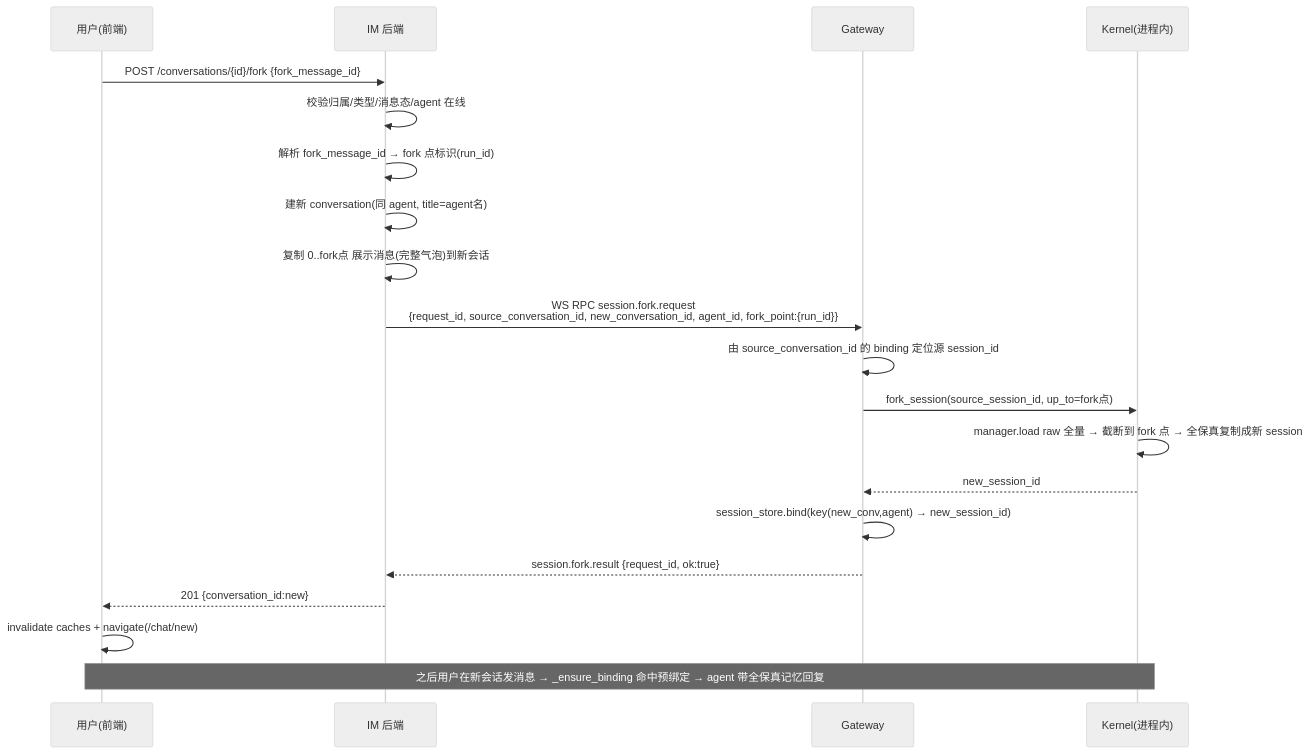
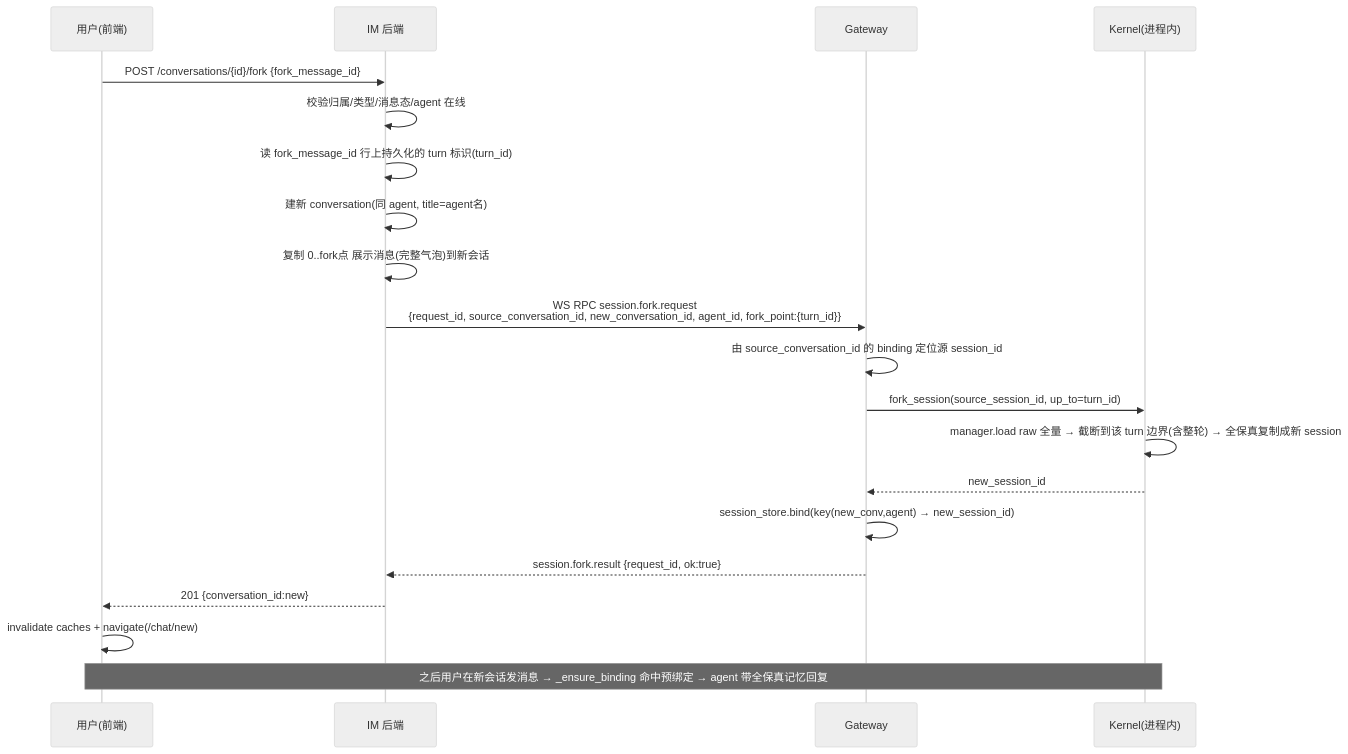
The second of 2 diagrams in docs/changes/feat-445-message-fork-branch/design.md (Mrchen116/nano-multiagent), drawn with Mermaid (neutral theme) before and after one commit. The commit also changed other lines of this file, not shown here.

First line of the commit message:
docs(feat-445): 修正 fork 点对齐机制 — relay 持久化 turn 标识到 IM 消息行

````diff
--- a/docs/changes/feat-445-message-fork-branch/design.md
+++ b/docs/changes/feat-445-message-fork-branch/design.md
@@ -163,23 +173,23 @@
 ```mermaid
 sequenceDiagram
   participant U as 用户(前端)
   participant IM as IM 后端
   participant GW as Gateway
   participant K as Kernel(进程内)
 
   U->>IM: POST /conversations/{id}/fork {fork_message_id}
   IM->>IM: 校验归属/类型/消息态/agent 在线
-  IM->>IM: 解析 fork_message_id → fork 点标识(run_id)
+  IM->>IM: 读 fork_message_id 行上持久化的 turn 标识(turn_id)
   IM->>IM: 建新 conversation(同 agent, title=agent名)
   IM->>IM: 复制 0..fork点 展示消息(完整气泡)到新会话
-  IM->>GW: WS RPC session.fork.request<br/>{request_id, source_conversation_id, new_conversation_id, agent_id, fork_point:{run_id}}
+  IM->>GW: WS RPC session.fork.request<br/>{request_id, source_conversation_id, new_conversation_id, agent_id, fork_point:{turn_id}}
   GW->>GW: 由 source_conversation_id 的 binding 定位源 session_id
-  GW->>K: fork_session(source_session_id, up_to=fork点)
-  K->>K: manager.load raw 全量 → 截断到 fork 点 → 全保真复制成新 session
+  GW->>K: fork_session(source_session_id, up_to=turn_id)
+  K->>K: manager.load raw 全量 → 截断到该 turn 边界(含整轮) → 全保真复制成新 session
   K-->>GW: new_session_id
   GW->>GW: session_store.bind(key(new_conv,agent) → new_session_id)
   GW-->>IM: session.fork.result {request_id, ok:true}
   IM-->>U: 201 {conversation_id:new}
   U->>U: invalidate caches + navigate(/chat/new)
   Note over U,K: 之后用户在新会话发消息 → _ensure_binding 命中预绑定 → agent 带全保真记忆回复
 ```
````
